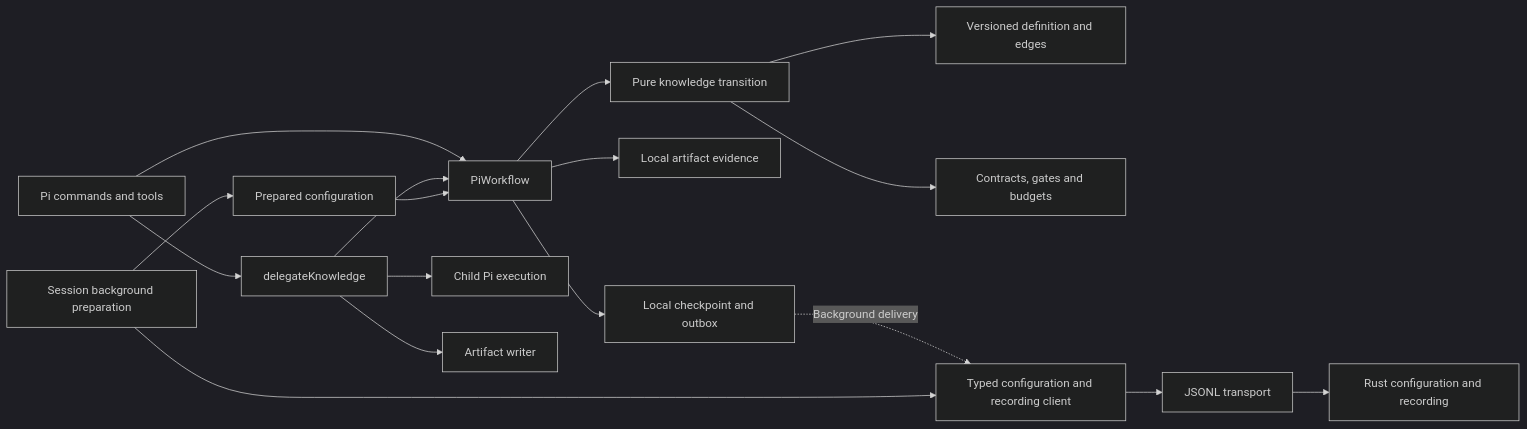
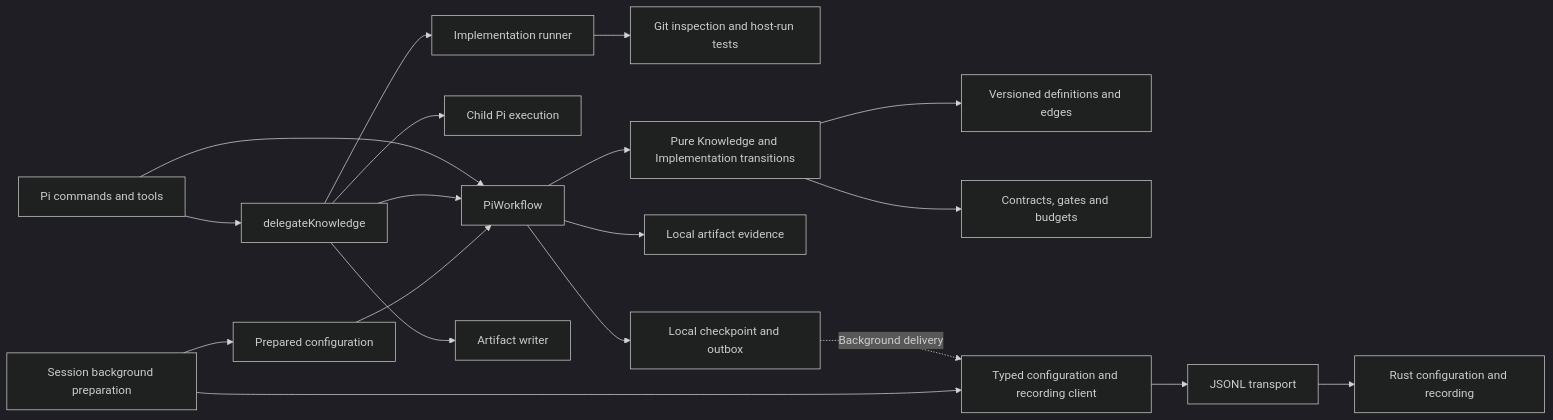
Before and after one commit to xpersh/xper: the diagram in adapters/pi/docs/architecture.md, drawn with Mermaid (dark theme). The commit also changed other lines of this file and 33 other files, not shown here.

````diff
--- a/adapters/pi/docs/architecture.md
+++ b/adapters/pi/docs/architecture.md
@@ -16,19 +16,21 @@
 ```mermaid
 flowchart LR
     Commands[Pi commands and tools] --> Workflow[PiWorkflow]
     Commands --> Action[delegateKnowledge]
     Action --> Workflow
     Action --> Executor[Child Pi execution]
+    Action --> Implementation[Implementation runner]
+    Implementation --> Git[Git inspection and host-run tests]
     Action --> Writer[Artifact writer]
-    Workflow --> Machine[Pure knowledge transition]
-    Machine --> Definition[Versioned definition and edges]
-    Machine --> Policy[Contracts, gates and budgets]
+    Workflow --> Machines[Pure Knowledge and Implementation transitions]
+    Machines --> Definition[Versioned definitions and edges]
+    Machines --> Policy[Contracts, gates and budgets]
     Workflow --> Evidence[Local artifact evidence]
     Workflow --> Journal[Local checkpoint and outbox]
     Journal -. Background delivery .-> Client[Typed configuration and recording client]
     Session[Session background preparation] --> Client
     Session --> Prepared[Prepared configuration]
     Prepared --> Workflow
     Client --> Bridge[JSONL transport]
     Bridge --> Core[Rust configuration and recording]
 ```
````
